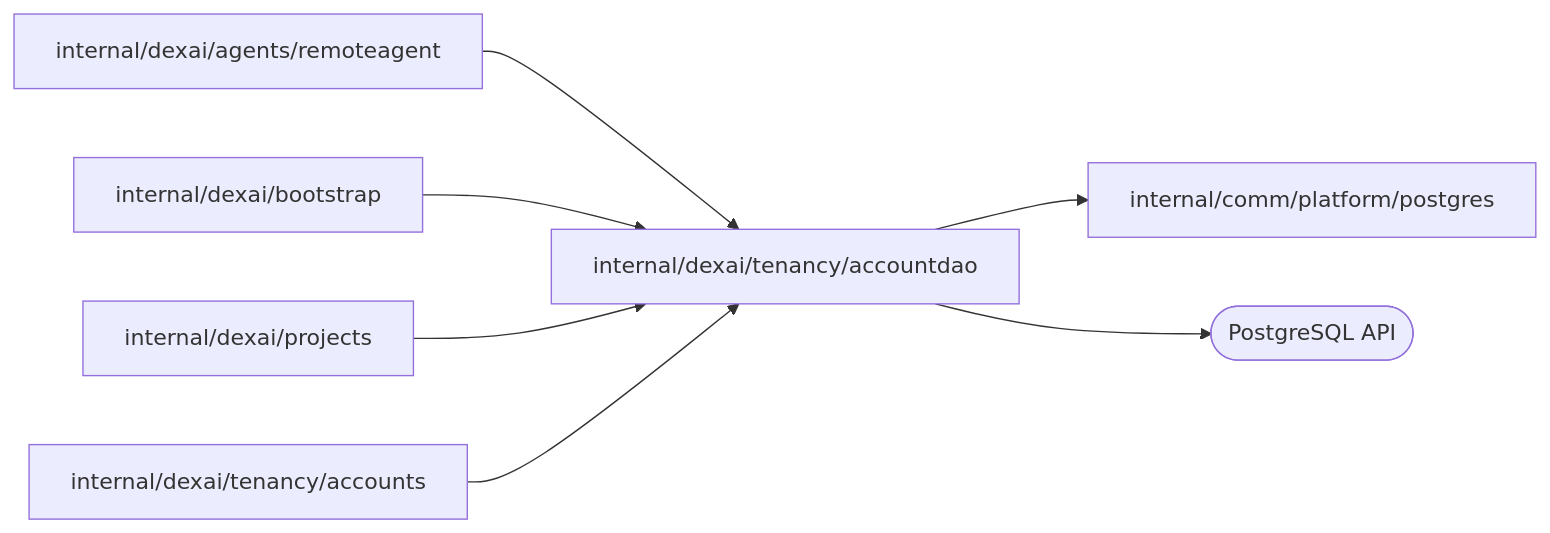
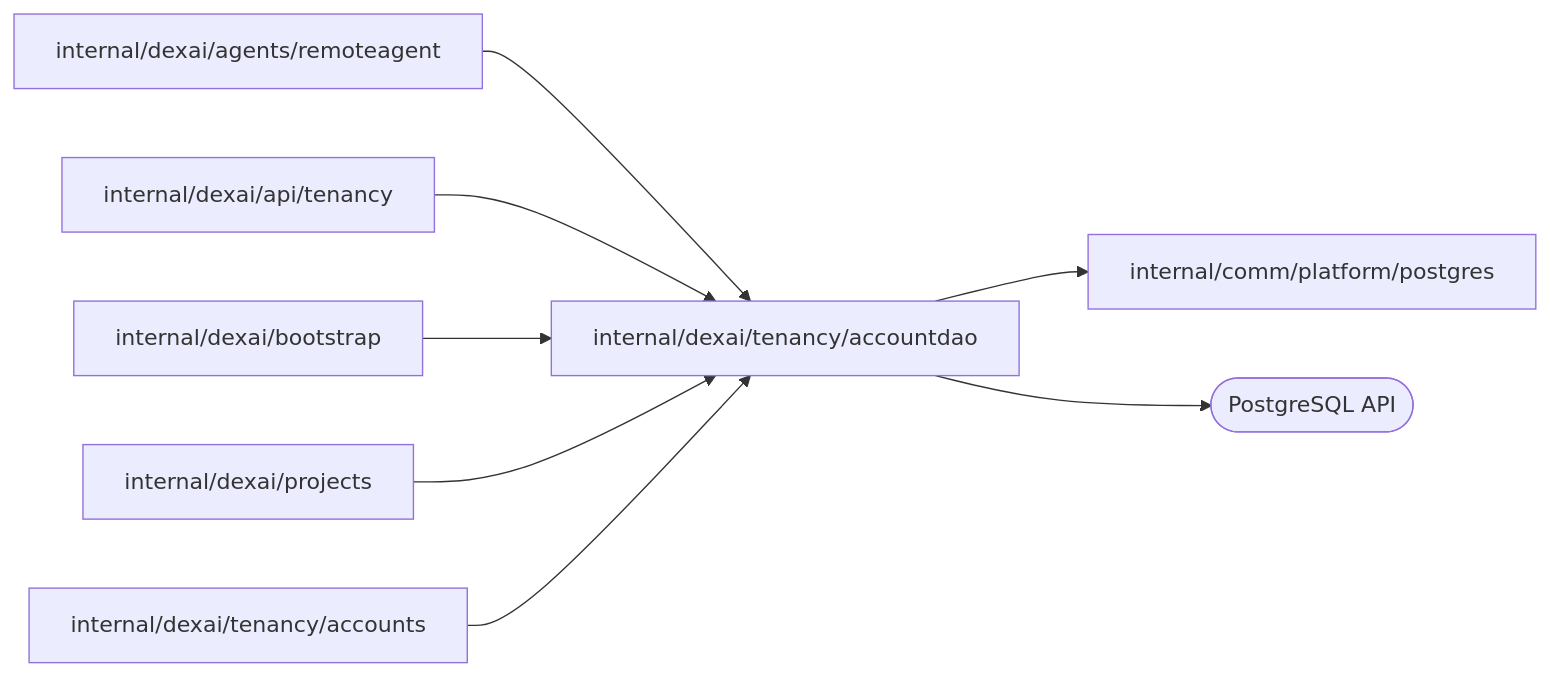
The diagram in internal/dexai/tenancy/accountdao/README.md (superdurable/superverse), drawn with Mermaid before and after one commit. The commit also changed other lines of this file and 96 other files, not shown here.

````diff
--- a/internal/dexai/tenancy/accountdao/README.md
+++ b/internal/dexai/tenancy/accountdao/README.md
@@ -10,10 +10,11 @@
 ```mermaid
 flowchart LR
   self["internal/dexai/tenancy/accountdao"]
   c0["internal/dexai/agents/remoteagent"] --> self
-  c1["internal/dexai/bootstrap"] --> self
-  c2["internal/dexai/projects"] --> self
-  c3["internal/dexai/tenancy/accounts"] --> self
+  c1["internal/dexai/api/tenancy"] --> self
+  c2["internal/dexai/bootstrap"] --> self
+  c3["internal/dexai/projects"] --> self
+  c4["internal/dexai/tenancy/accounts"] --> self
   self --> d0["internal/comm/platform/postgres"]
   self --> e0(["PostgreSQL API"])
 ```
````
